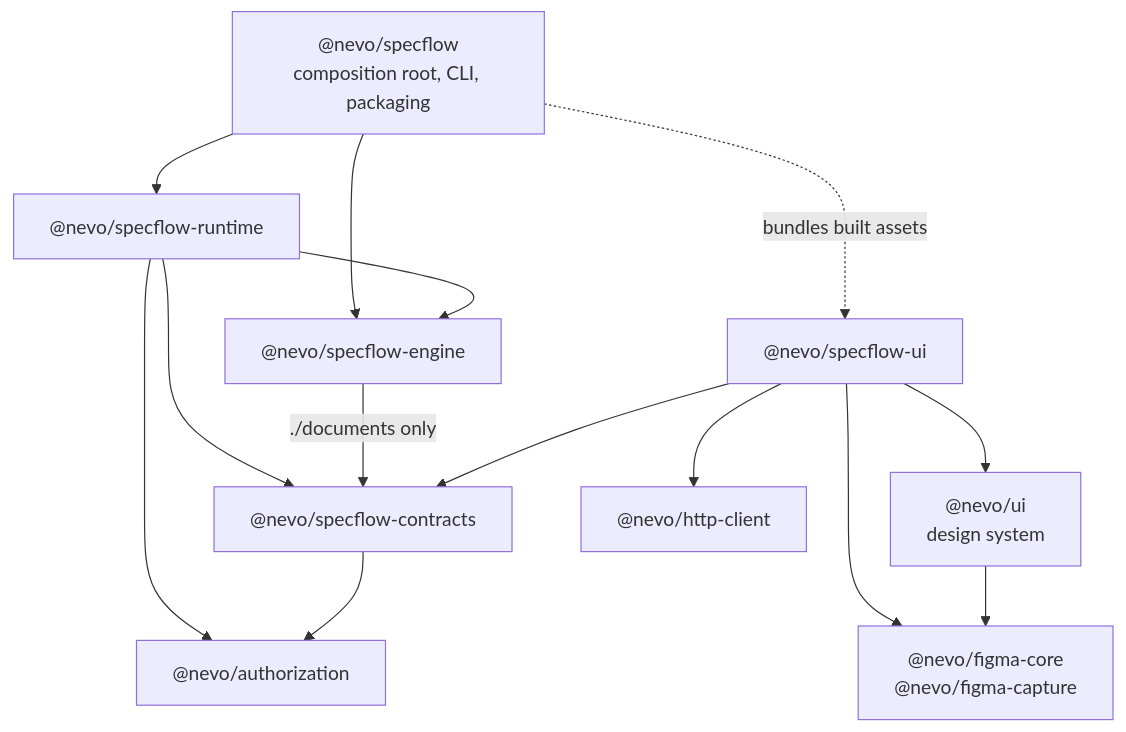
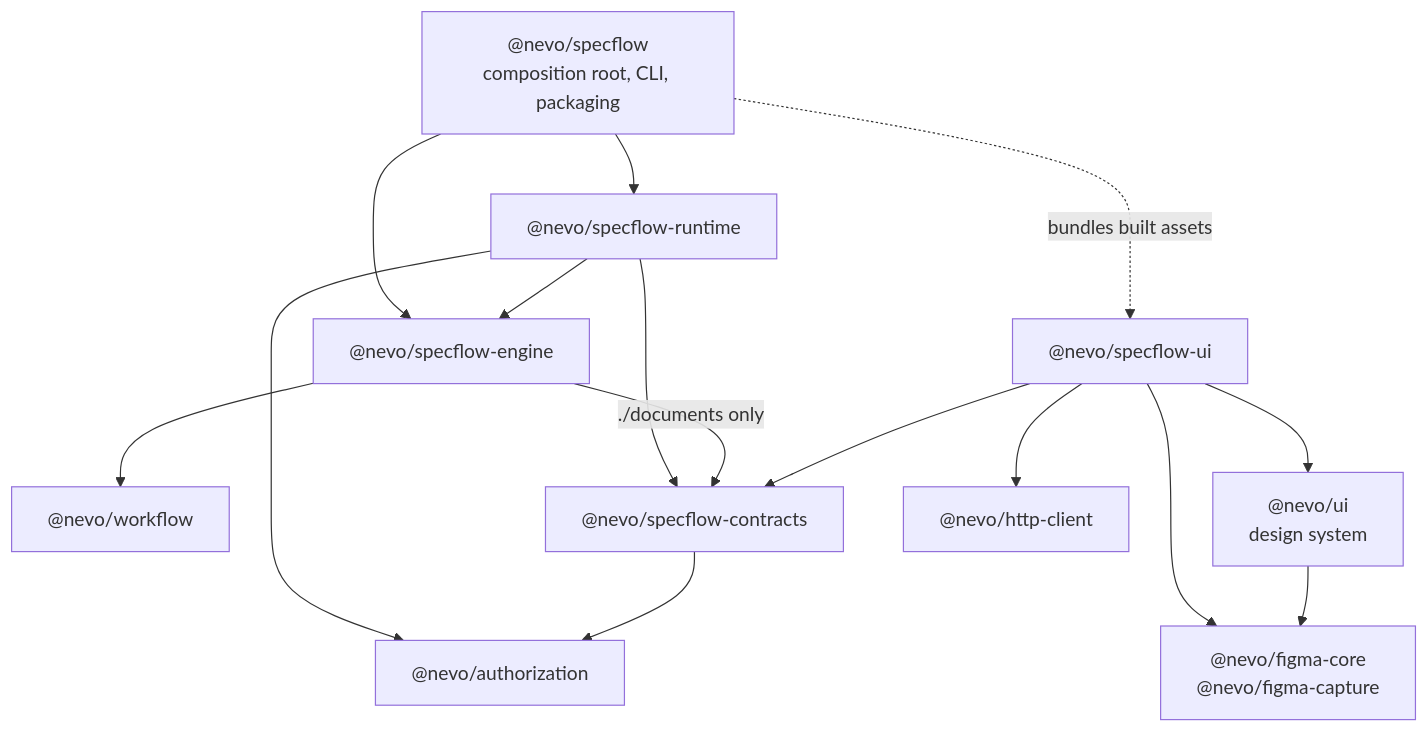
The second of 3 diagrams in docs/architecture/overview.md (dczerwinskipl/nevo-specflow), drawn with Mermaid before and after one commit. The commit also changed other lines of this file and 7 other files, not shown here.

````diff
--- a/docs/architecture/overview.md
+++ b/docs/architecture/overview.md
@@ -124,26 +130,28 @@
 ```mermaid
 flowchart TD
   specflow["@nevo/specflow<br/>composition root, CLI, packaging"]
   runtime["@nevo/specflow-runtime"]
   engine["@nevo/specflow-engine"]
+  workflow["@nevo/workflow"]
   contracts["@nevo/specflow-contracts"]
   authz["@nevo/authorization"]
   ui["@nevo/specflow-ui"]
   nevoui["@nevo/ui<br/>design system"]
   httpc["@nevo/http-client"]
   figma["@nevo/figma-core<br/>@nevo/figma-capture"]
 
   specflow --> runtime
   specflow --> engine
   specflow -. "bundles built assets" .-> ui
   runtime --> engine
   runtime --> contracts
   runtime --> authz
+  engine --> workflow
   engine -- "./documents only" --> contracts
   contracts --> authz
   ui --> contracts
   ui --> httpc
   ui --> nevoui
   ui --> figma
   nevoui --> figma
 ```
````
